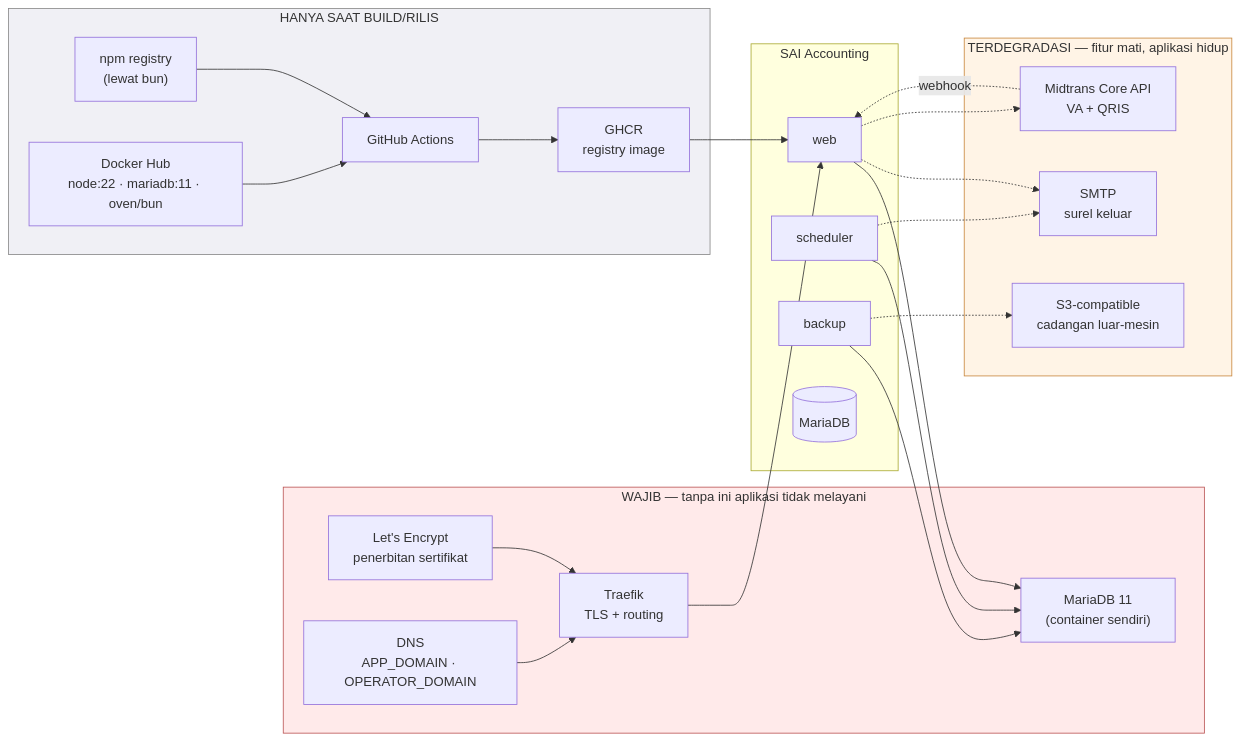
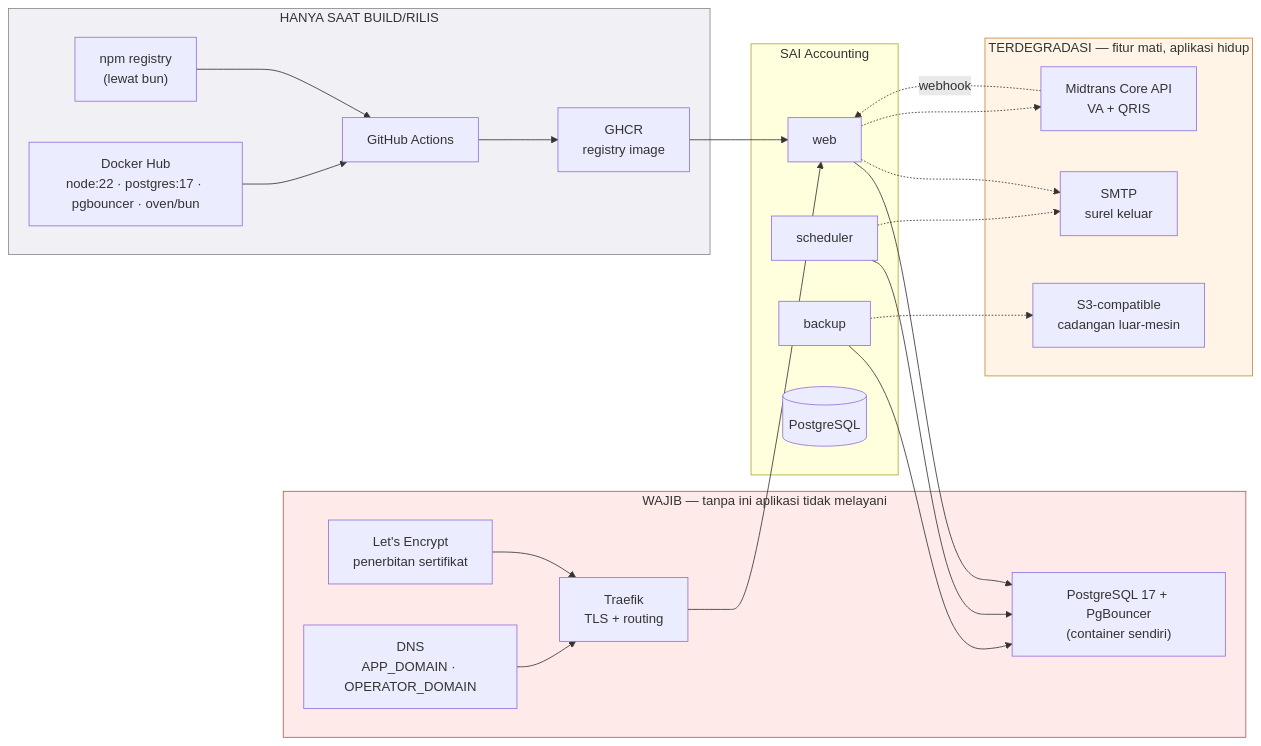
One commit to tri-evendi/sai-accounting changed the first of 4 diagrams in docs/arsitektur/04-DEPENDENSI-INTEGRASI.md. Above: the diagram before and after it, drawn with Mermaid. The commit also changed other lines of this file and 10 other files, not shown here.

First line of the commit message:
docs(arsitektur): lapisan basis data ditulis ulang untuk PostgreSQL

````diff
--- a/docs/arsitektur/04-DEPENDENSI-INTEGRASI.md
+++ b/docs/arsitektur/04-DEPENDENSI-INTEGRASI.md
@@ -7,50 +7,50 @@
 ```mermaid
 graph LR
     subgraph platform["SAI Accounting"]
         WEB["web"]
         SCH["scheduler"]
         BAK["backup"]
-        DB[("MariaDB")]
+        DB[("PostgreSQL")]
     end
 
     subgraph wajib["WAJIB — tanpa ini aplikasi tidak melayani"]
-        MARIA["MariaDB 11<br/>(container sendiri)"]
+        MARIA["PostgreSQL 17 + PgBouncer<br/>(container sendiri)"]
         TRAEFIK["Traefik<br/>TLS + routing"]
         LE["Let's Encrypt<br/>penerbitan sertifikat"]
         DNS["DNS<br/>APP_DOMAIN · OPERATOR_DOMAIN"]
     end
 
     subgraph degradasi["TERDEGRADASI — fitur mati, aplikasi hidup"]
         SMTP["SMTP<br/>surel keluar"]
         S3["S3-compatible<br/>cadangan luar-mesin"]
         MT["Midtrans Core API<br/>VA + QRIS"]
     end
 
     subgraph build["HANYA SAAT BUILD/RILIS"]
         GH["GitHub Actions"]
         GHCR["GHCR<br/>registry image"]
         NPM["npm registry<br/>(lewat bun)"]
-        DH["Docker Hub<br/>node:22 · mariadb:11 · oven/bun"]
+        DH["Docker Hub<br/>node:22 · postgres:17 · pgbouncer · oven/bun"]
     end
 
     WEB --> MARIA
     SCH --> MARIA
     BAK --> MARIA
     TRAEFIK --> WEB
     LE --> TRAEFIK
     DNS --> TRAEFIK
 
     WEB -.-> SMTP
     SCH -.-> SMTP
     BAK -.-> S3
     WEB -.-> MT
     MT -.->|webhook| WEB
 
     GH --> GHCR --> WEB
     NPM --> GH
     DH --> GH
 
     style wajib fill:#ffeaea,stroke:#b55
     style degradasi fill:#fff4e6,stroke:#c9873d
     style build fill:#f0f0f5,stroke:#888
 ```
````
